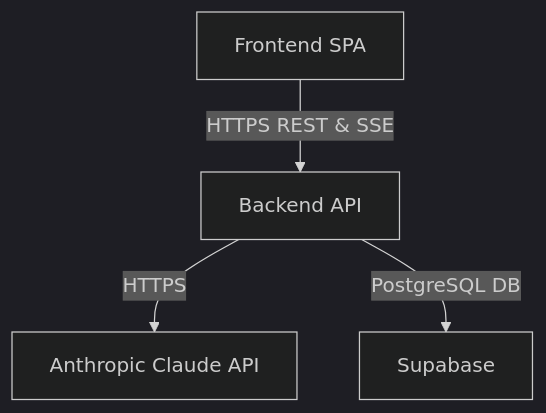
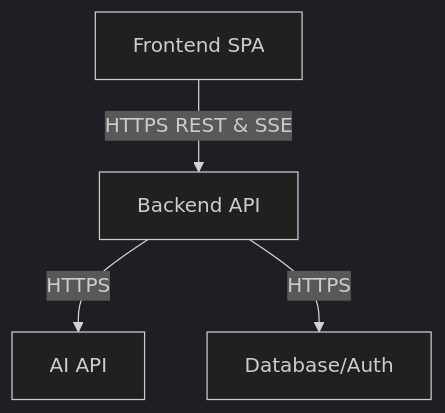
One commit to pavan569-2/briefly-meeting-prep-capstone changed the diagram in docs/03-architecture.md. Above: the diagram before and after it, drawn with Mermaid (dark theme). The commit also changed other lines of this file, not shown here.

Commit message:
docs: align architecture with capstone requirements

````diff
--- a/docs/03-architecture.md
+++ b/docs/03-architecture.md
@@ -16,6 +14,6 @@
 ```mermaid
 flowchart TD
     A[Frontend SPA] -->|HTTPS REST & SSE| B[Backend API]
-    B -->|HTTPS| C[Anthropic Claude API]
-    B -->|PostgreSQL DB| D[Supabase]
+    B -->|HTTPS| C[AI API]
+    B -->|HTTPS| D[Database/Auth]
 ```
````
